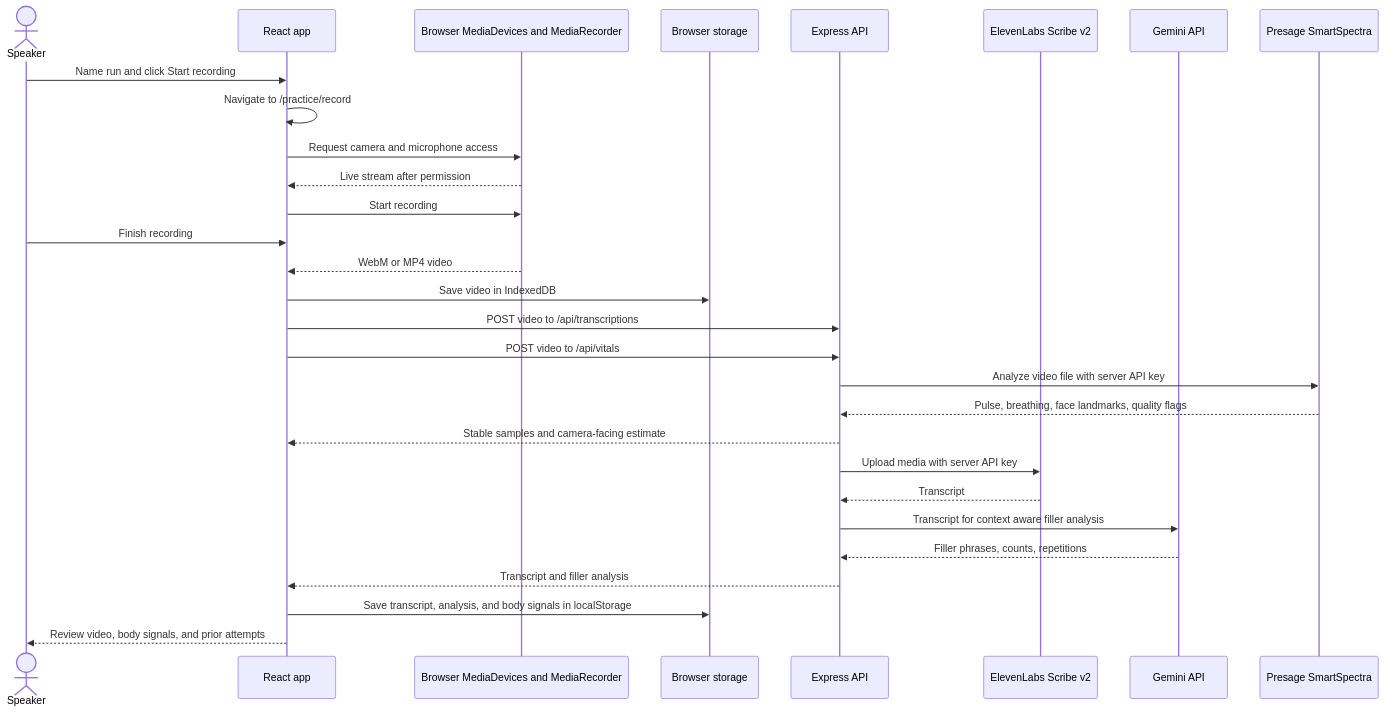
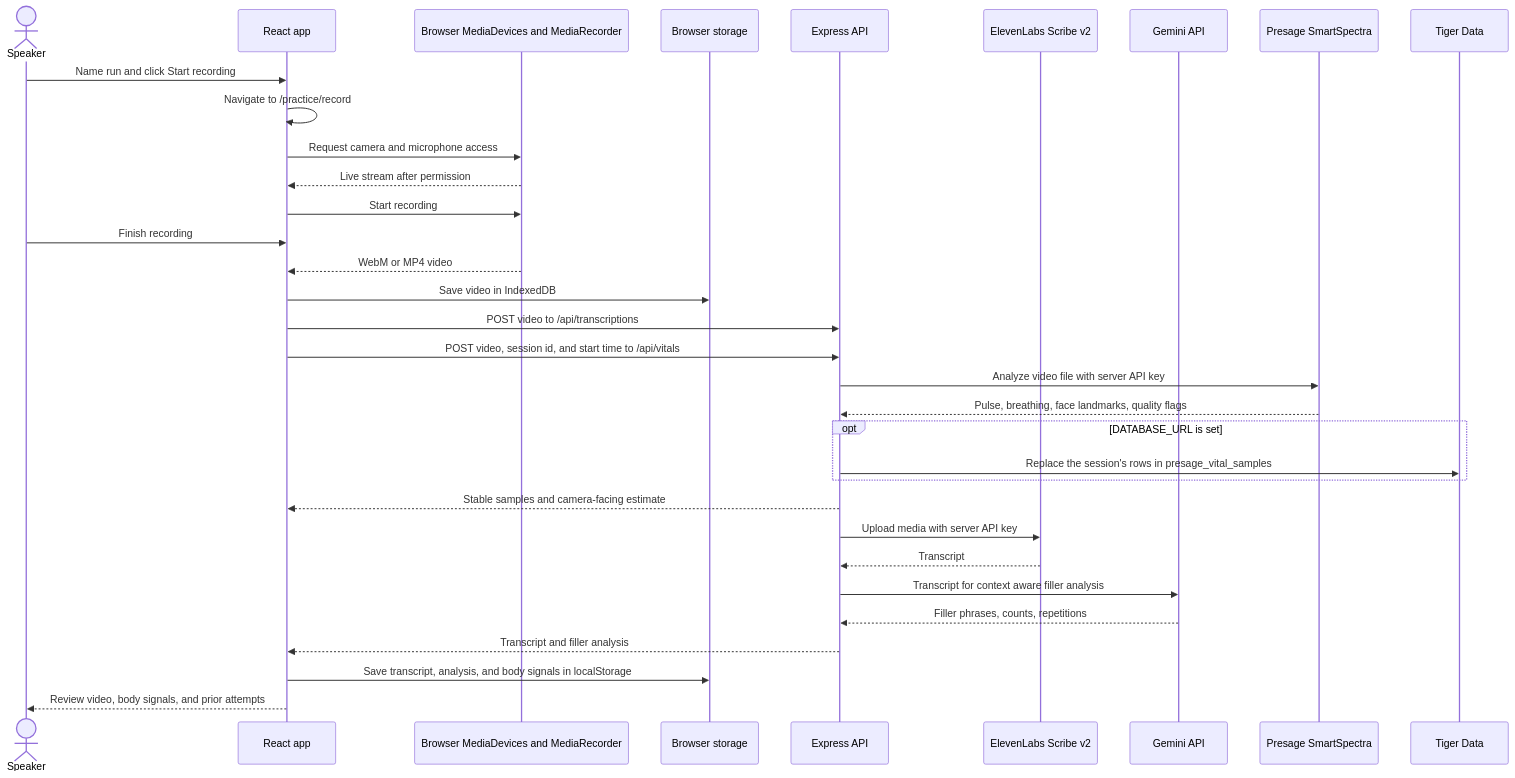
One commit to civ19/PepTalk changed the diagram in README.md. Above: the diagram before and after it, drawn with Mermaid. The commit also changed other lines of this file and 22 other files, not shown here.

````diff
--- a/README.md
+++ b/README.md
@@ -38,31 +46,35 @@
 ```mermaid
 sequenceDiagram
     actor Speaker
     participant UI as React app
     participant Media as Browser MediaDevices and MediaRecorder
     participant Store as Browser storage
     participant API as Express API
     participant Eleven as ElevenLabs Scribe v2
     participant Gemini as Gemini API
     participant Presage as Presage SmartSpectra
+    participant DB as Tiger Data
     Speaker->>UI: Name run and click Start recording
     UI->>UI: Navigate to /practice/record
     UI->>Media: Request camera and microphone access
     Media-->>UI: Live stream after permission
     UI->>Media: Start recording
     Speaker->>UI: Finish recording
     Media-->>UI: WebM or MP4 video
     UI->>Store: Save video in IndexedDB
     UI->>API: POST video to /api/transcriptions
-    UI->>API: POST video to /api/vitals
+    UI->>API: POST video, session id, and start time to /api/vitals
     API->>Presage: Analyze video file with server API key
     Presage-->>API: Pulse, breathing, face landmarks, quality flags
+    opt DATABASE_URL is set
+        API->>DB: Replace the session's rows in presage_vital_samples
+    end
     API-->>UI: Stable samples and camera-facing estimate
     API->>Eleven: Upload media with server API key
     Eleven-->>API: Transcript
     API->>Gemini: Transcript for context aware filler analysis
     Gemini-->>API: Filler phrases, counts, repetitions
     API-->>UI: Transcript and filler analysis
     UI->>Store: Save transcript, analysis, and body signals in localStorage
     UI-->>Speaker: Review video, body signals, and prior attempts
 ```
````
